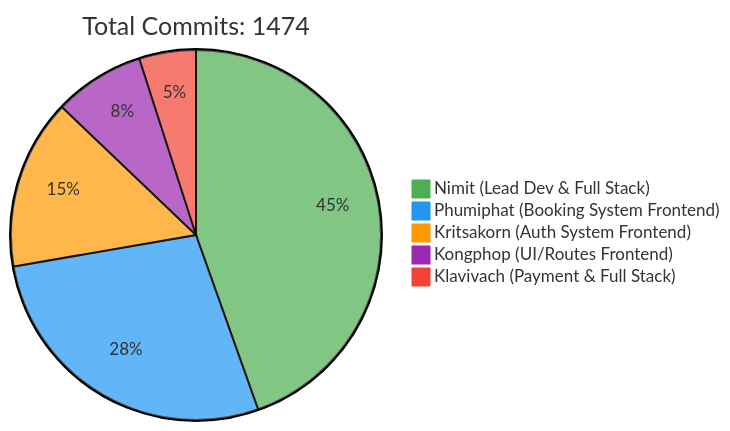
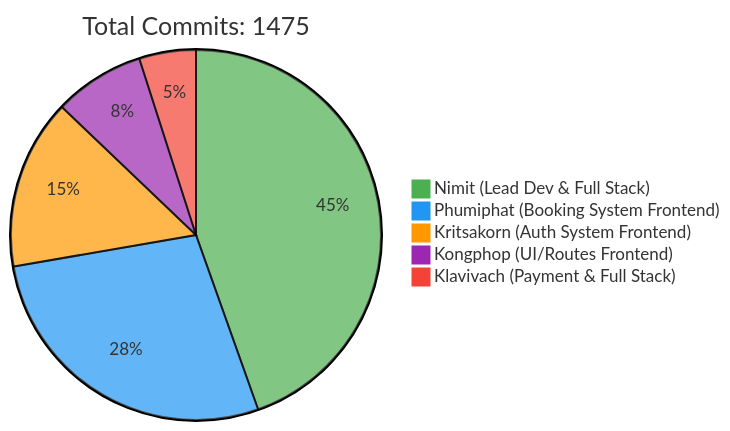
One commit to 6531503042/Sport-Complex changed the first of 2 diagrams in README.md. Above: the diagram before and after it, drawn with Mermaid. The commit also changed other lines of this file, not shown here.

Commit message:
docs: Update contributor statistics [skip ci]

````diff
--- a/README.md
+++ b/README.md
@@ -257,10 +257,10 @@
 ```mermaid
 %%{init: {'theme': 'base', 'themeVariables': { 'pie1': '#4CAF50', 'pie2': '#2196F3', 'pie3': '#FF9800', 'pie4': '#9C27B0', 'pie5': '#F44336'}}}%%
 pie
-    title Total Commits: 1474
+    title Total Commits: 1475
     "Nimit (Lead Dev & Full Stack)" : 450
     "Phumiphat (Booking System Frontend)" : 280
     "Kritsakorn (Auth System Frontend)" : 150
     "Kongphop (UI/Routes Frontend)" : 80
     "Klavivach (Payment & Full Stack)" : 50
 ```
````
